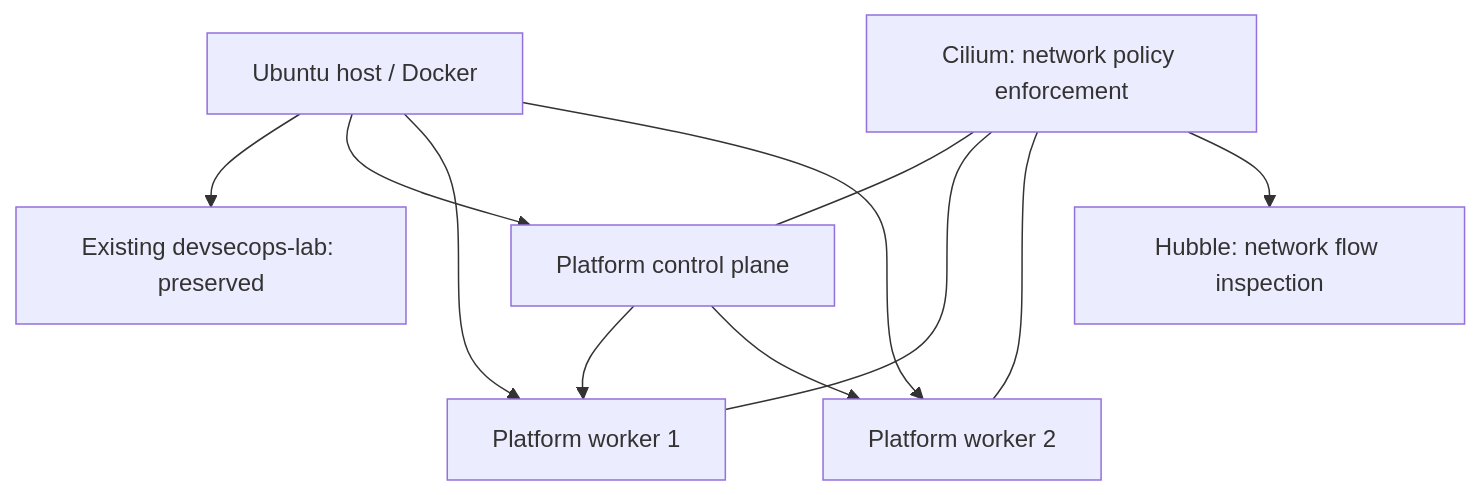
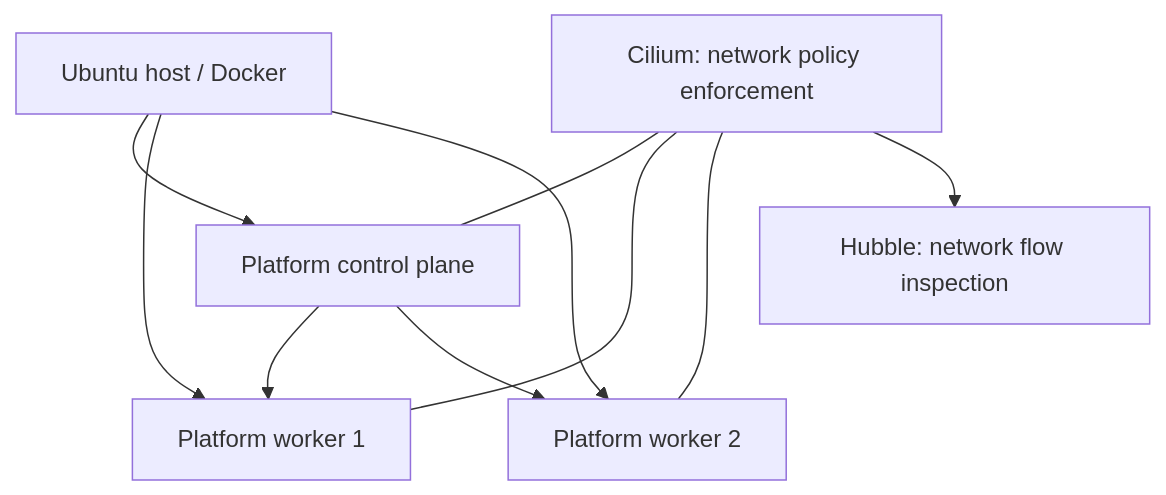
The first of 4 diagrams in docs/architecture.md (oussema-code/devsecops-platform), drawn with Mermaid before and after one commit. The commit also changed other lines of this file and 14 other files, not shown here.

````diff
--- a/docs/architecture.md
+++ b/docs/architecture.md
@@ -8,14 +8,13 @@
 ```mermaid
 flowchart TB
   Host[Ubuntu host / Docker]
-  Host --> Old[Existing devsecops-lab: preserved]
   Host --> CP[Platform control plane]
   Host --> W1[Platform worker 1]
   Host --> W2[Platform worker 2]
   CP --> W1
   CP --> W2
   Cilium[Cilium: network policy enforcement] --- CP
   Cilium --- W1
   Cilium --- W2
   Cilium --> Hubble[Hubble: network flow inspection]
 ```
````
